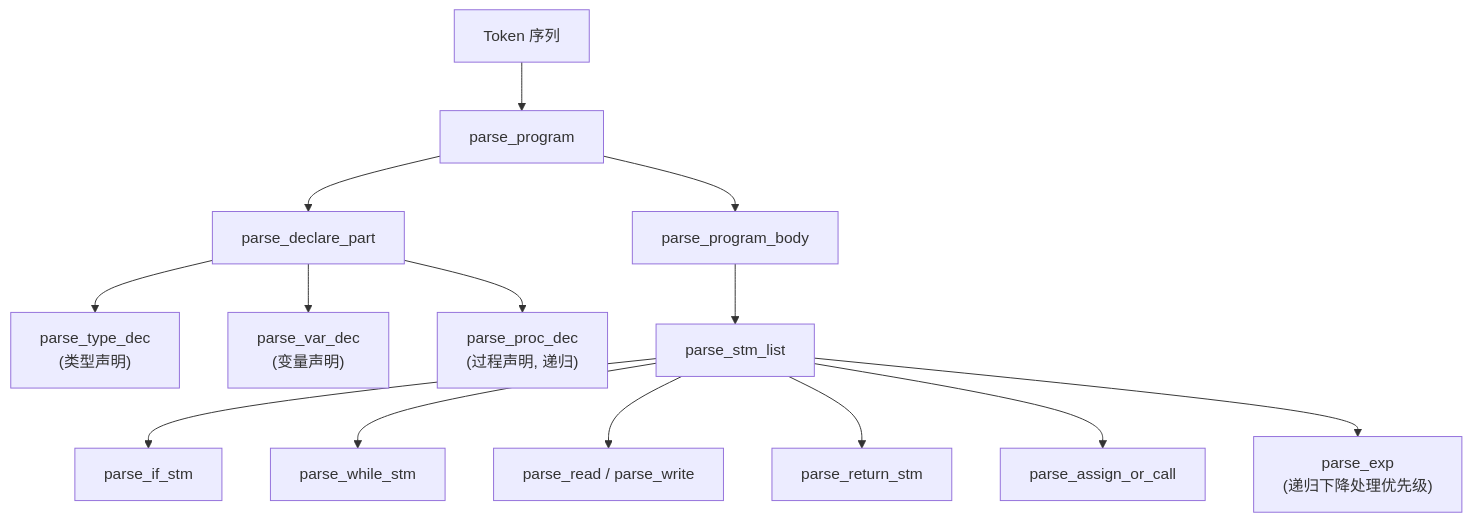
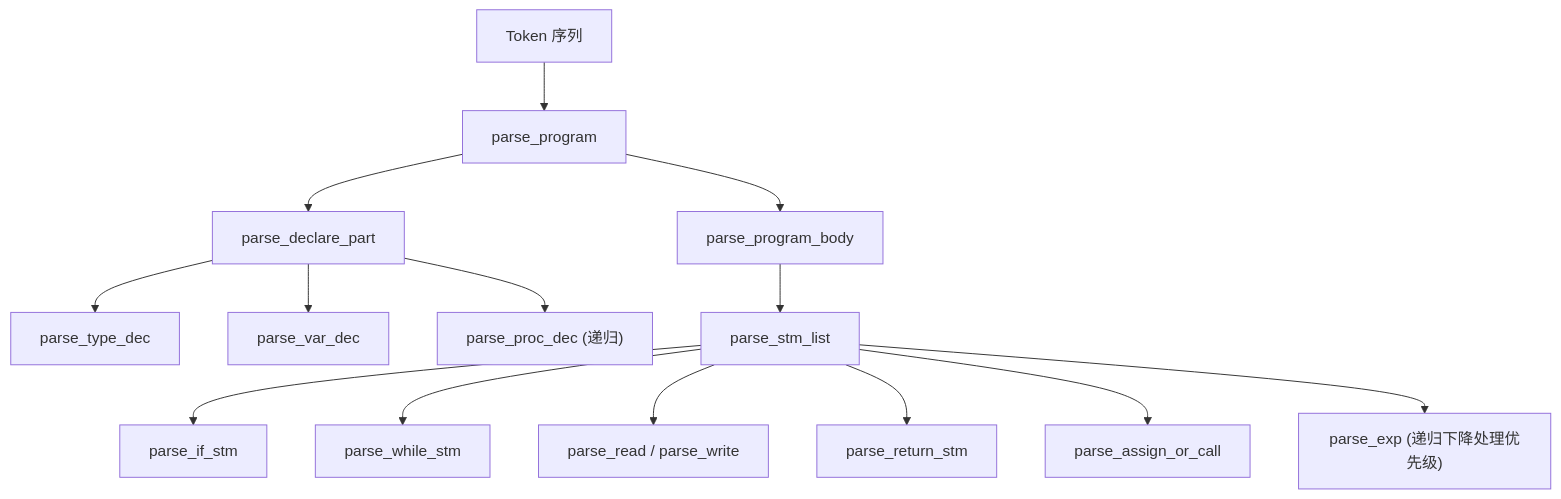
Before and after one commit to ExTNT/snl_compiler: the fourth of 8 diagrams in PROGRAM_FLOW.md, drawn with Mermaid. The commit also changed other lines of this file and 32 other files, not shown here.

````diff
--- a/PROGRAM_FLOW.md
+++ b/PROGRAM_FLOW.md
@@ -87,16 +105,16 @@
 ```mermaid
 flowchart TD
     TOKENS["Token 序列"] --> PP["parse_program"]
     PP --> PDP["parse_declare_part"]
-    PDP --> PTD["parse_type_dec<br/>(类型声明)"]
-    PDP --> PVD["parse_var_dec<br/>(变量声明)"]
-    PDP --> PPD["parse_proc_dec<br/>(过程声明, 递归)"]
+    PDP --> PTD["parse_type_dec"]
+    PDP --> PVD["parse_var_dec"]
+    PDP --> PPD["parse_proc_dec (递归)"]
     PP --> PPB["parse_program_body"]
     PPB --> PSL["parse_stm_list"]
     PSL --> PIF["parse_if_stm"]
     PSL --> PW["parse_while_stm"]
     PSL --> PRW["parse_read / parse_write"]
     PSL --> PRET["parse_return_stm"]
     PSL --> PAC["parse_assign_or_call"]
-    PSL --> PE["parse_exp<br/>(递归下降处理优先级)"]
+    PSL --> PE["parse_exp (递归下降处理优先级)"]
 ```
````
